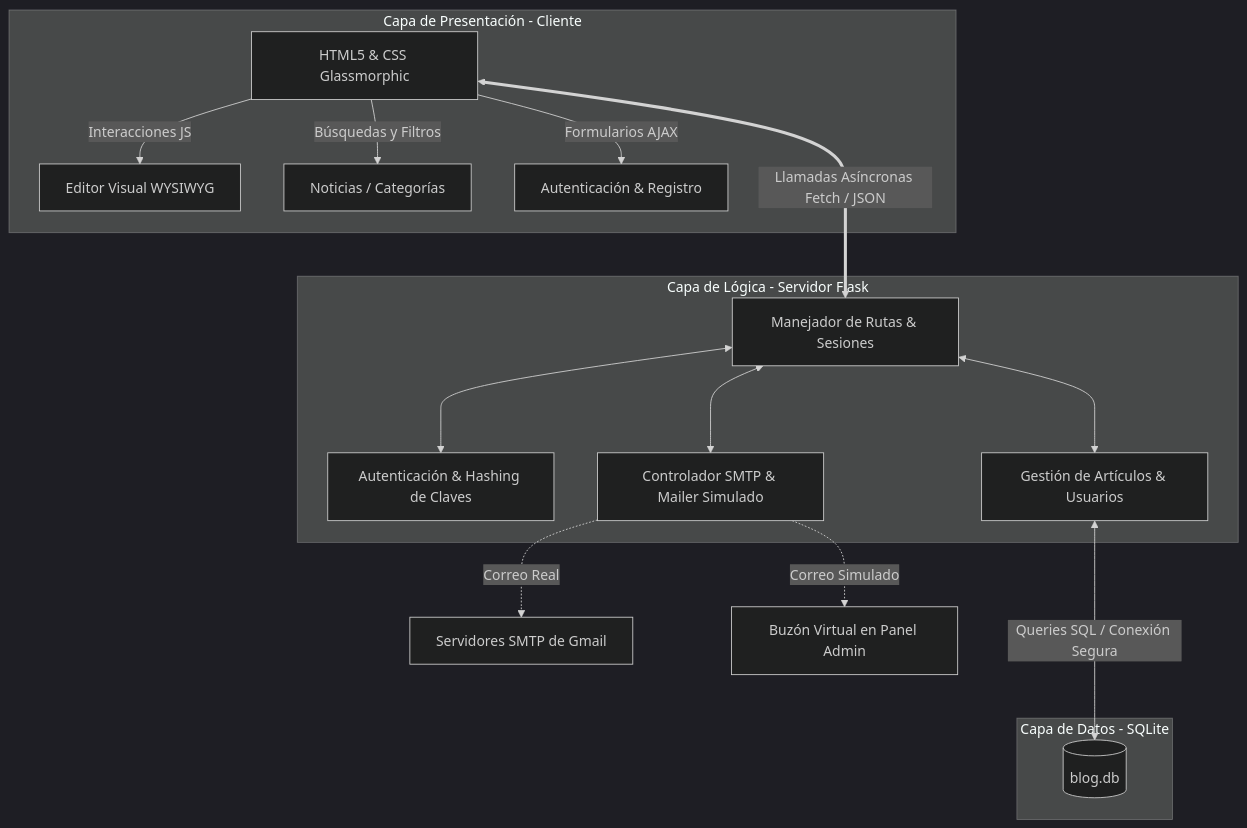
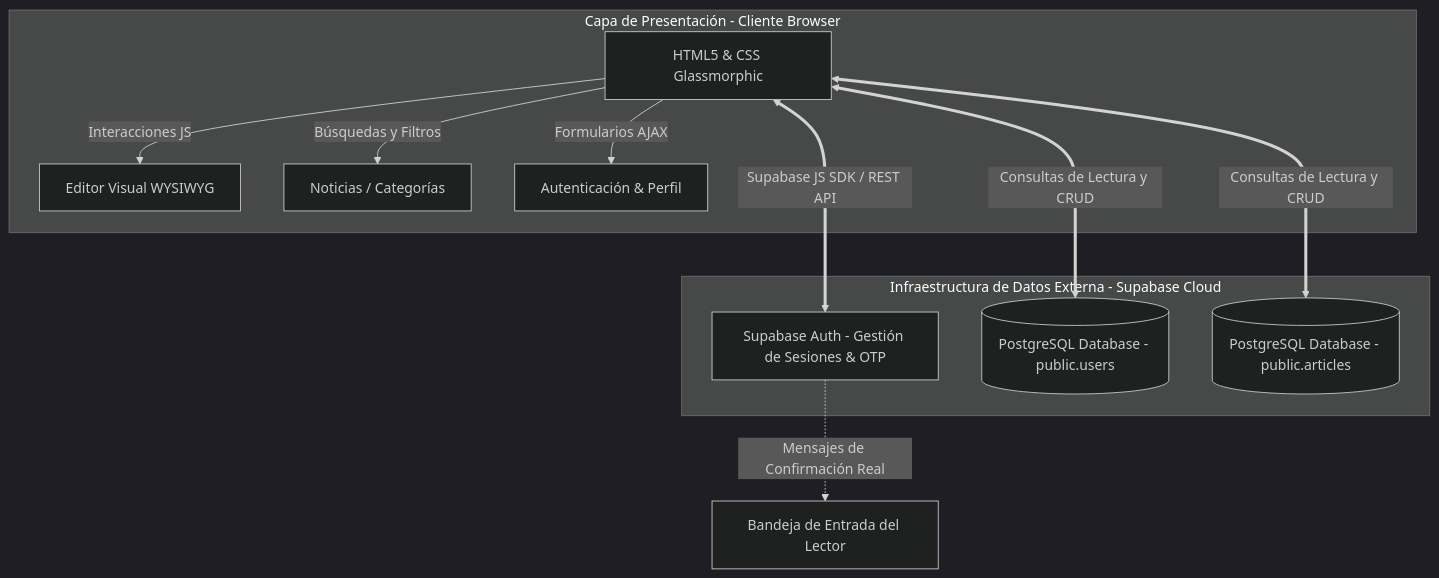
One commit to ponchisss/Blog-tecnol-gico-de-noticias changed the diagram in README.md. Above: the diagram before and after it, drawn with Mermaid (dark theme). The commit also changed other lines of this file and 9 other files, not shown here.

Commit message:
feat: Implementar Blog Tecnologico con Panel Admin, roles y verificacion simulada/SMTP

````diff
--- a/README.md
+++ b/README.md
@@ -31,31 +27,22 @@
 ```mermaid
 graph TD
     %% Frontend Components
-    subgraph Frontend [Capa de Presentación - Cliente]
+    subgraph Frontend [Capa de Presentación - Cliente Browser]
         A[HTML5 & CSS Glassmorphic] -->|Interacciones JS| B[Editor Visual WYSIWYG]
         A -->|Búsquedas y Filtros| C[Noticias / Categorías]
-        A -->|Formularios AJAX| D[Autenticación & Registro]
+        A -->|Formularios AJAX| D[Autenticación & Perfil]
     end
 
-    %% Backend Server
-    subgraph Backend [Capa de Lógica - Servidor Flask]
-        E[Manejador de Rutas & Sesiones]
-        F[Autenticación & Hashing de Claves]
-        G[Gestión de Artículos & Usuarios]
-        H[Controlador SMTP & Mailer Simulado]
-    end
-
-    %% Database
-    subgraph Base_Datos [Capa de Datos - SQLite]
-        I[(blog.db)]
+    %% Supabase Cloud Services
+    subgraph Supabase [Infraestructura de Datos Externa - Supabase Cloud]
+        E[Supabase Auth - Gestión de Sesiones & OTP]
+        F[(PostgreSQL Database - public.users)]
+        G[(PostgreSQL Database - public.articles)]
     end
 
     %% Flow Connections
-    A <===>|Llamadas Asíncronas Fetch / JSON| E
-    E <---> F
-    E <---> G
-    E <---> H
-    G <--->|Queries SQL / Conexión Segura| I
-    H -.->|Correo Real| J[Servidores SMTP de Gmail]
-    H -.->|Correo Simulado| K[Buzón Virtual en Panel Admin]
+    A <===>|Supabase JS SDK / REST API| E
+    A <===>|Consultas de Lectura y CRUD| F
+    A <===>|Consultas de Lectura y CRUD| G
+    E -.->|Mensajes de Confirmación Real| H[Bandeja de Entrada del Lector]
 ```
````
